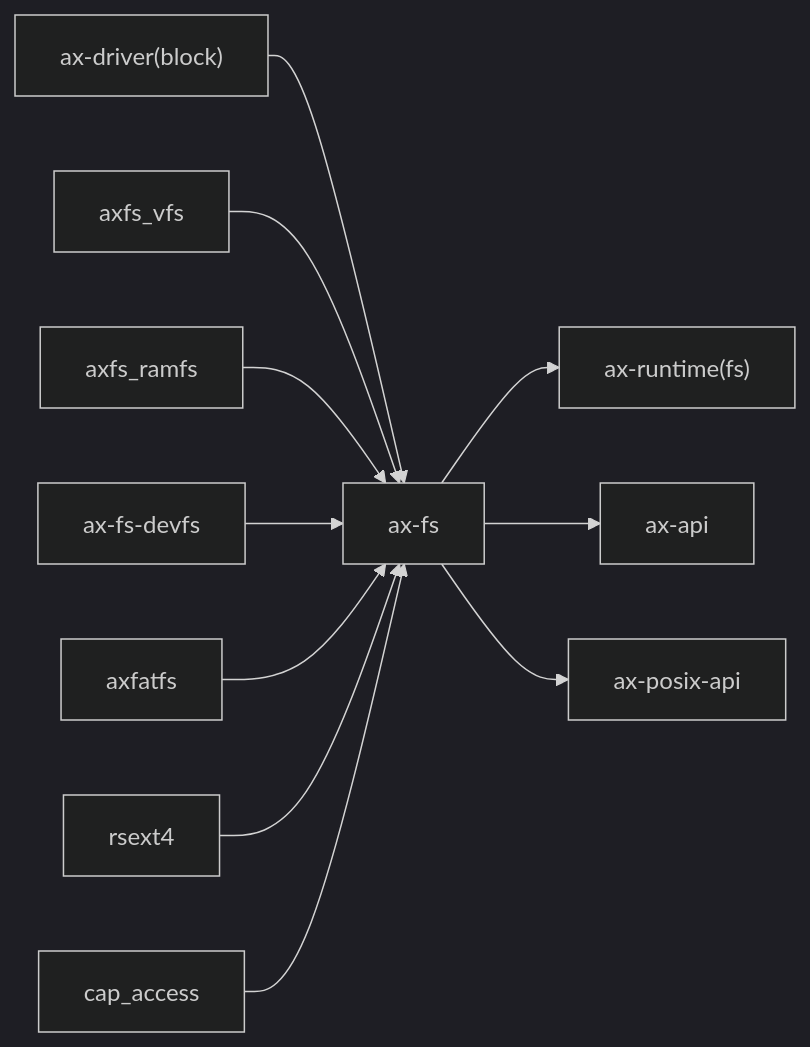
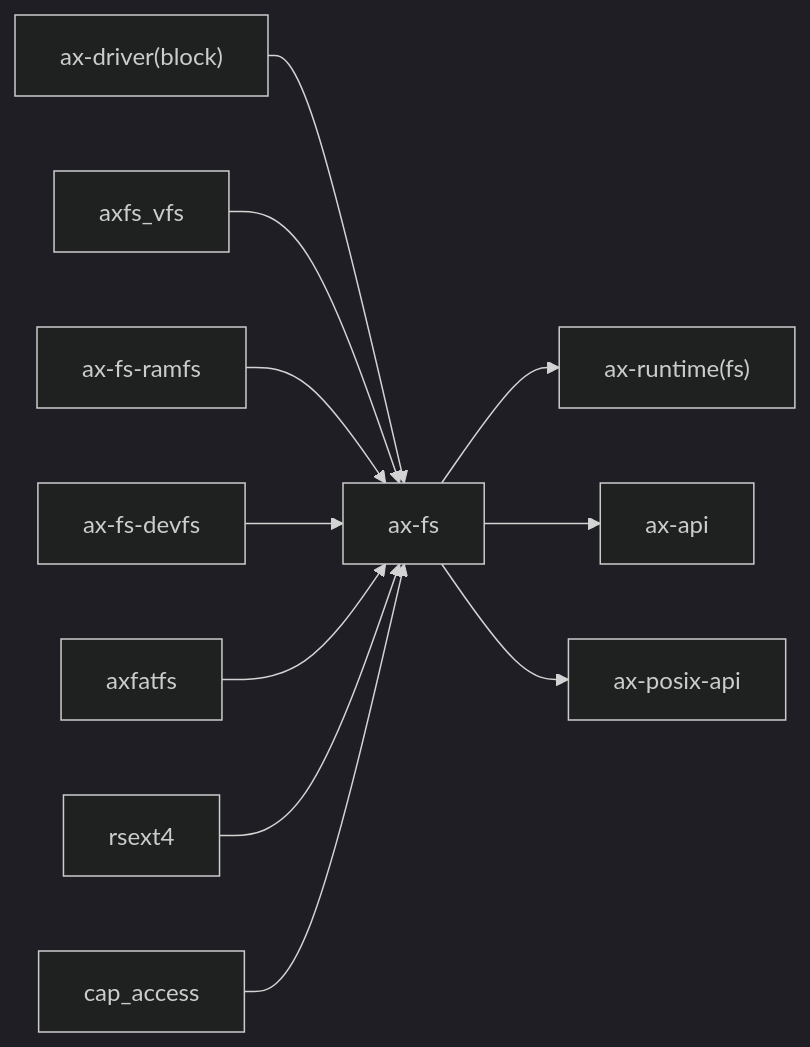
Before and after one commit to zKurisu/tgoskits: the second of 2 diagrams in docs/crates/ax-fs.md, drawn with Mermaid (dark theme). The commit also changed 16 other files, not shown here.

Commit message:
rename axfs_ramfs to ax-fs-ramfs

````diff
--- a/docs/crates/ax-fs.md
+++ b/docs/crates/ax-fs.md
@@ -100,14 +100,14 @@
 ```mermaid
 graph LR
     ax-driver["ax-driver(block)"] --> current["ax-fs"]
     axfs_vfs["axfs_vfs"] --> current
-    axfs_ramfs["axfs_ramfs"] --> current
+    axfs_ramfs["ax-fs-ramfs"] --> current
     axfs_devfs["ax-fs-devfs"] --> current
     axfatfs["axfatfs"] --> current
     rsext4["rsext4"] --> current
     cap_access["cap_access"] --> current
 
     current --> ax-runtime["ax-runtime(fs)"]
     current --> ax-api["ax-api"]
     current --> ax-posix-api["ax-posix-api"]
 ```
````
